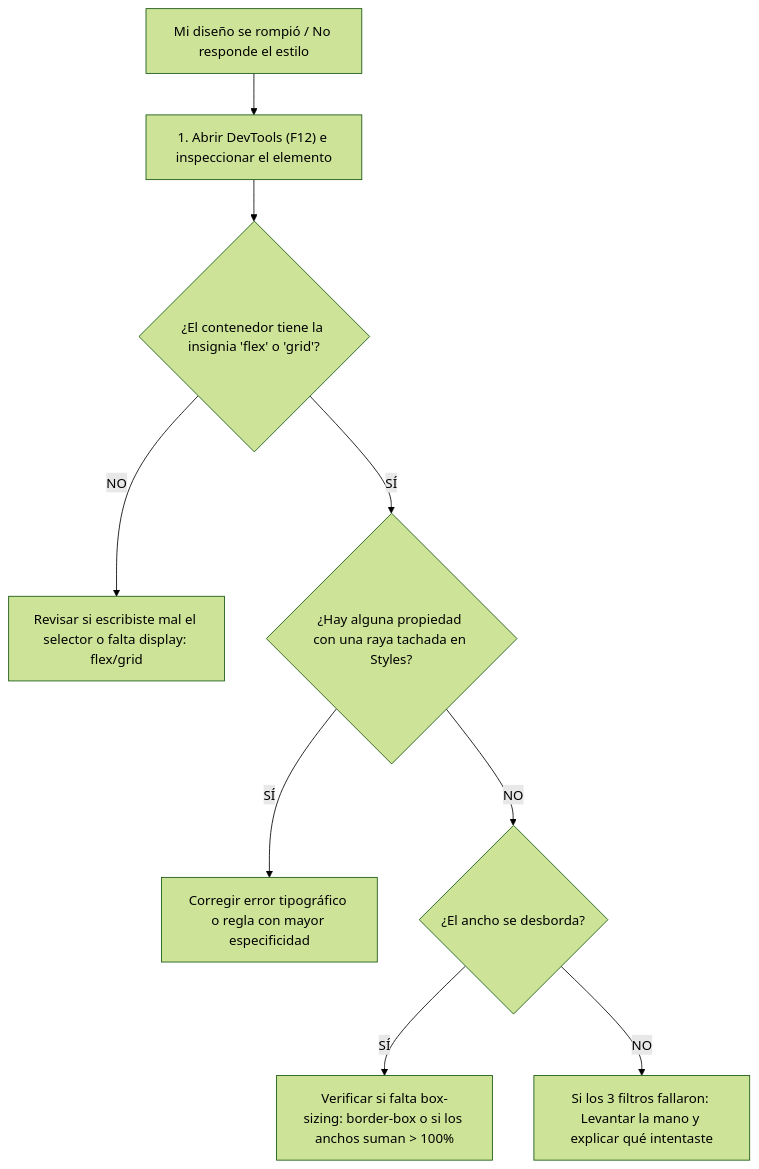
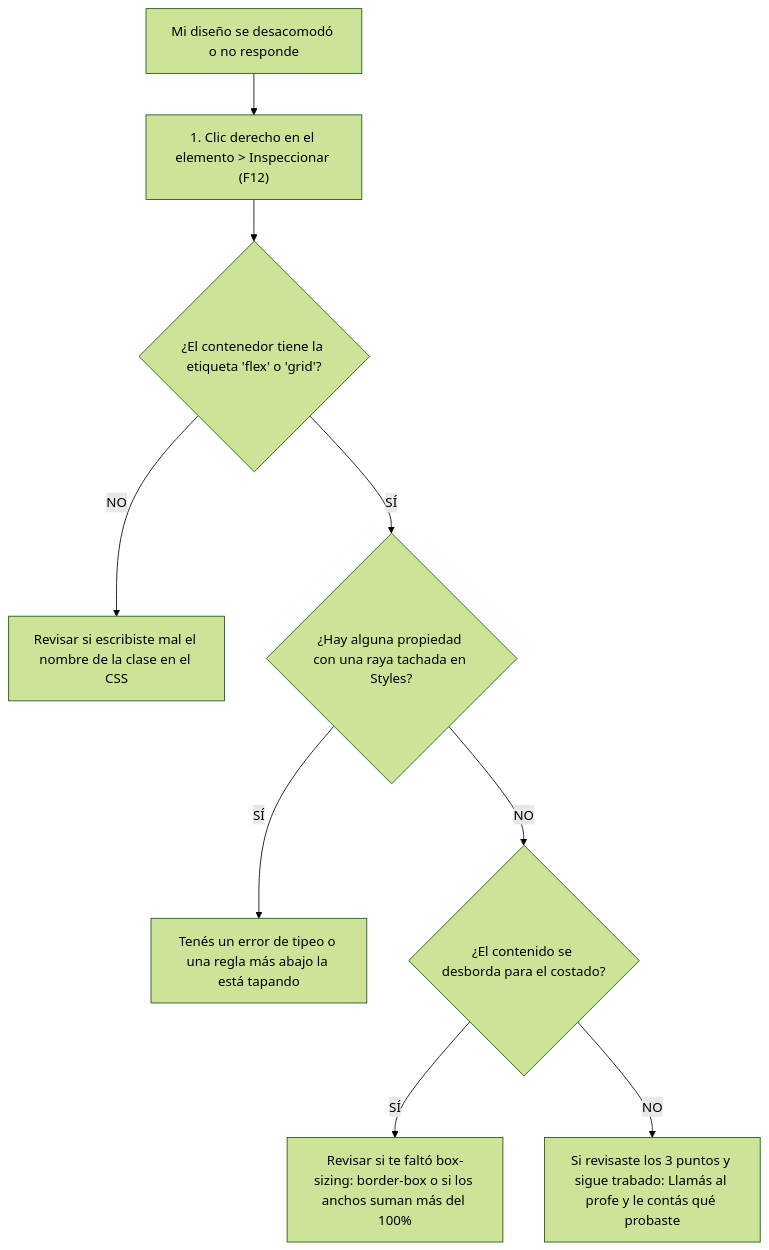
One commit to sergiogimenezclass/interfaces-web changed the second of 2 diagrams in METODOLOGIA.md. Above: the diagram before and after it, drawn with Mermaid (forest theme). The commit also changed other lines of this file, not shown here.

Commit message:
docs: reescribir METODOLOGIA.md en un lenguaje llano, humano y cercano para alumnos

````diff
--- a/METODOLOGIA.md
+++ b/METODOLOGIA.md
@@ -84,11 +84,11 @@
 ```mermaid
 flowchart TD
-    Inicio["Mi diseño se rompió / No responde el estilo"] --> Paso1["1. Abrir DevTools (F12) e inspeccionar el elemento"]
-    Paso1 --> Paso2{"¿El contenedor tiene la insignia 'flex' o 'grid'?"}
-    Paso2 -- NO --> Sol1["Revisar si escribiste mal el selector o falta display: flex/grid"]
+    Inicio["Mi diseño se desacomodó o no responde"] --> Paso1["1. Clic derecho en el elemento > Inspeccionar (F12)"]
+    Paso1 --> Paso2{"¿El contenedor tiene la etiqueta 'flex' o 'grid'?"}
+    Paso2 -- NO --> Sol1["Revisar si escribiste mal el nombre de la clase en el CSS"]
     Paso2 -- SÍ --> Paso3{"¿Hay alguna propiedad con una raya tachada en Styles?"}
-    Paso3 -- SÍ --> Sol2["Corregir error tipográfico o regla con mayor especificidad"]
-    Paso3 -- NO --> Paso4{"¿El ancho se desborda?"}
-    Paso4 -- SÍ --> Sol3["Verificar si falta box-sizing: border-box o si los anchos suman > 100%"]
-    Paso4 -- NO --> Consulta["Si los 3 filtros fallaron: Levantar la mano y explicar qué intentaste"]
+    Paso3 -- SÍ --> Sol2["Tenés un error de tipeo o una regla más abajo la está tapando"]
+    Paso3 -- NO --> Paso4{"¿El contenido se desborda para el costado?"}
+    Paso4 -- SÍ --> Sol3["Revisar si te faltó box-sizing: border-box o si los anchos suman más del 100%"]
+    Paso4 -- NO --> Consulta["Si revisaste los 3 puntos y sigue trabado: Llamás al profe y le contás qué probaste"]
 ```
````
